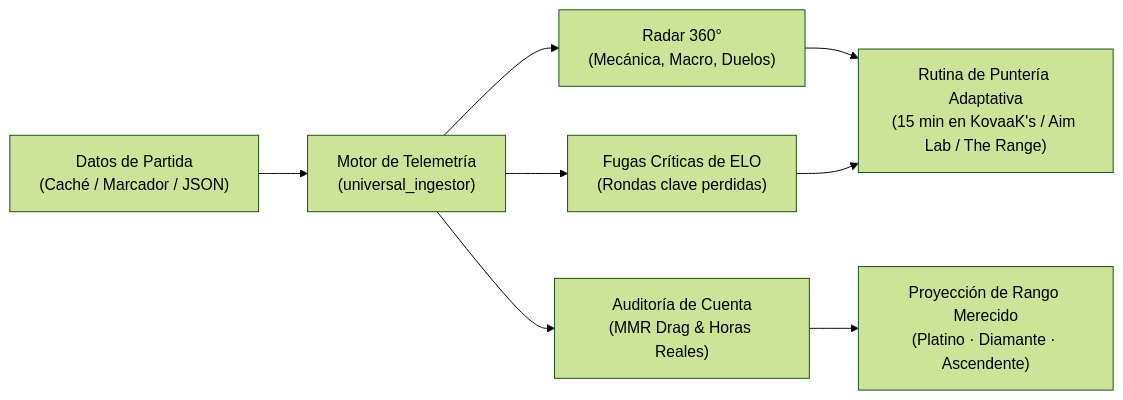
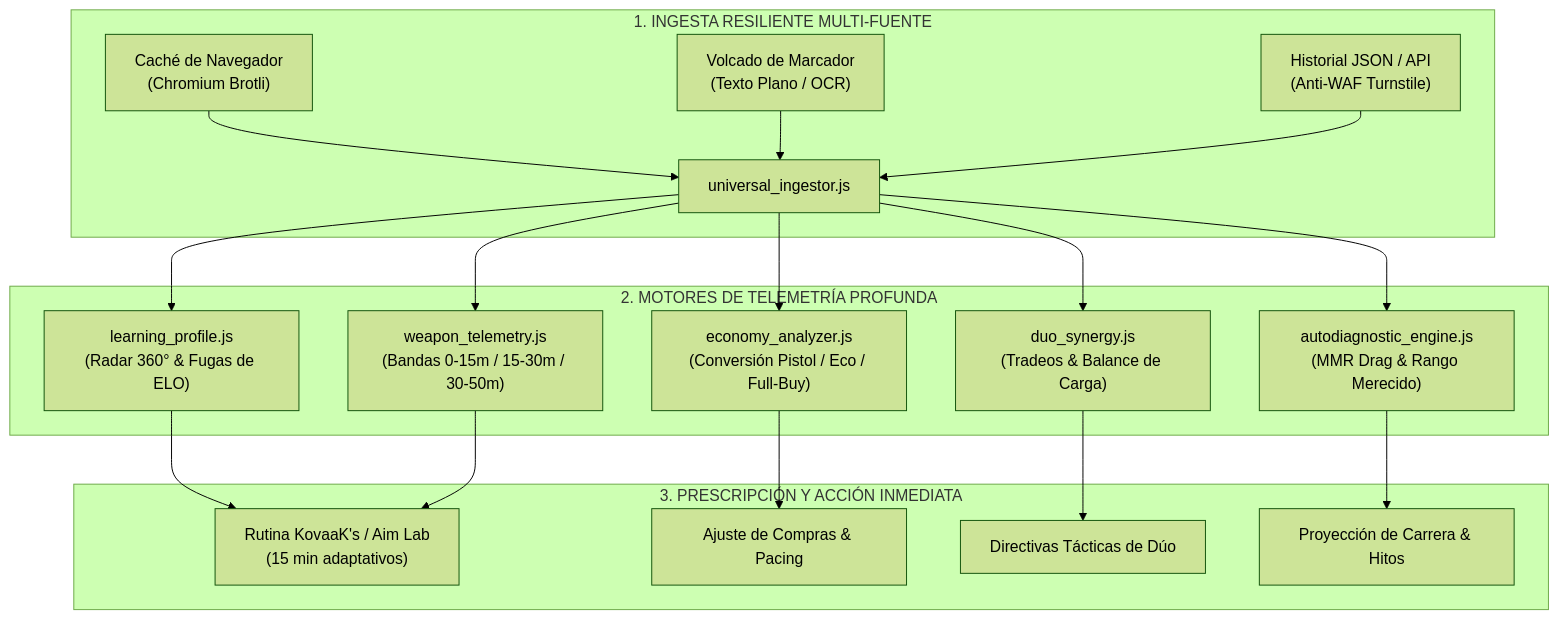
The diagram in README.md (Acourd/valorant-analytics), drawn with Mermaid (forest theme) before and after one commit. The commit also changed other lines of this file and 12 other files, not shown here.

````diff
--- a/README.md
+++ b/README.md
@@ -35,10 +44,33 @@
 ```mermaid
-flowchart LR
-    A["Datos de Partida\n(Caché / Marcador / JSON)"] --> B["Motor de Telemetría\n(universal_ingestor)"]
-    B --> C1["Radar 360°\n(Mecánica, Macro, Duelos)"]
-    B --> C2["Fugas Críticas de ELO\n(Rondas clave perdidas)"]
-    B --> C3["Auditoría de Cuenta\n(MMR Drag & Horas Reales)"]
-    C1 --> D["Rutina de Puntería Adaptativa\n(15 min en KovaaK's / Aim Lab / The Range)"]
-    C2 --> D
-    C3 --> E["Proyección de Rango Merecido\n(Platino · Diamante · Ascendente)"]
+flowchart TD
+    subgraph INGESTION["1. INGESTA RESILIENTE MULTI-FUENTE"]
+        A1["Caché de Navegador
+(Chromium Brotli)"] --> B["universal_ingestor.js"]
+        A2["Volcado de Marcador
+(Texto Plano / OCR)"] --> B
+        A3["Historial JSON / API
+(Anti-WAF Turnstile)"] --> B
+    end
+
+    subgraph ENGINE["2. MOTORES DE TELEMETRÍA PROFUNDA"]
+        B --> C1["learning_profile.js
+(Radar 360° & Fugas de ELO)"]
+        B --> C2["weapon_telemetry.js
+(Bandas 0-15m / 15-30m / 30-50m)"]
+        B --> C3["economy_analyzer.js
+(Conversión Pistol / Eco / Full-Buy)"]
+        B --> C4["duo_synergy.js
+(Tradeos & Balance de Carga)"]
+        B --> C5["autodiagnostic_engine.js
+(MMR Drag & Rango Merecido)"]
+    end
+
+    subgraph OUTPUT["3. PRESCRIPCIÓN Y ACCIÓN INMEDIATA"]
+        C1 --> D1["Rutina KovaaK's / Aim Lab
+(15 min adaptativos)"]
+        C2 --> D1
+        C3 --> D2["Ajuste de Compras & Pacing"]
+        C4 --> D3["Directivas Tácticas de Dúo"]
+        C5 --> D4["Proyección de Carrera & Hitos"]
+    end
 ```
````
